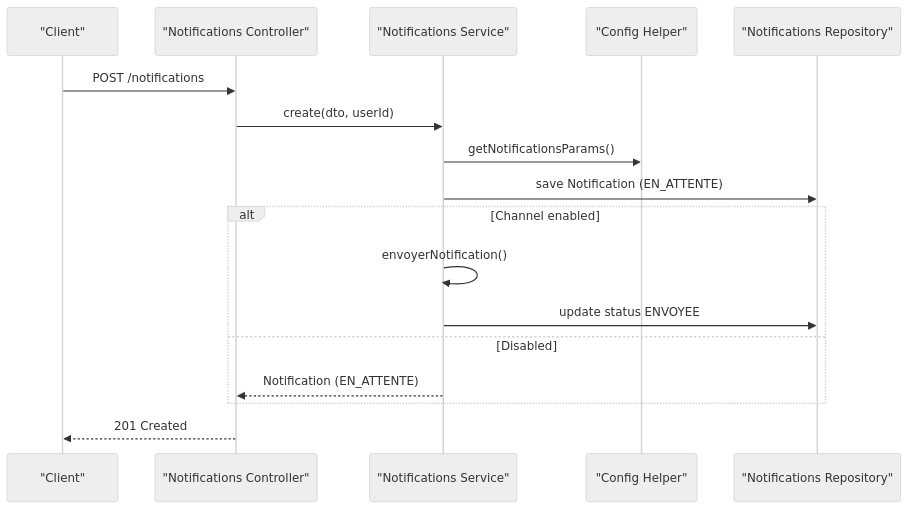
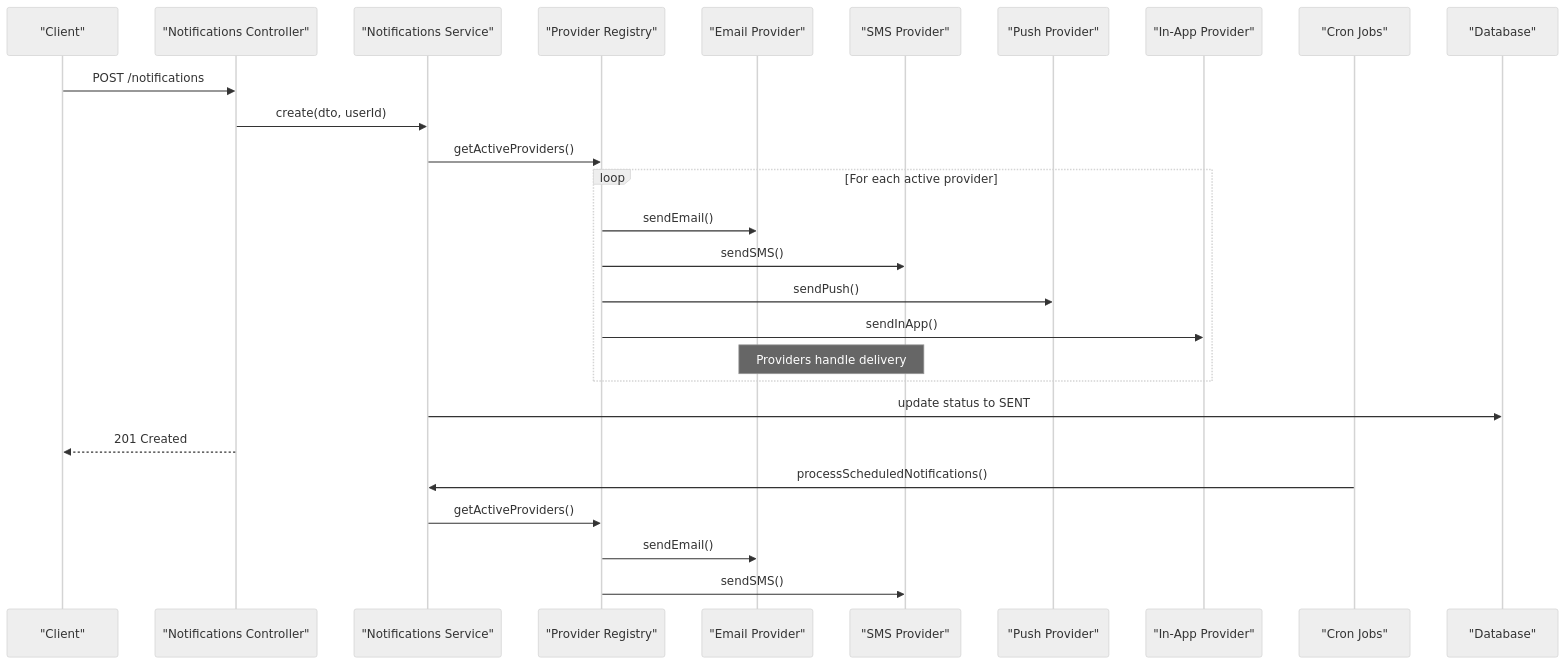
Before and after one commit to franckylab/eLISAschool: the fourth of 6 diagrams in .qoder/repowiki/en/content/Modules & Features/Utility Modules.md, drawn with Mermaid (neutral theme). The commit also changed other lines of this file and 390 other files, not shown here.

````diff
--- a/.qoder/repowiki/en/content/Modules & Features/Utility Modules.md
+++ b/.qoder/repowiki/en/content/Modules & Features/Utility Modules.md
@@ -277,19 +340,29 @@
 ```mermaid
 sequenceDiagram
 participant Client as "Client"
 participant Ctrl as "Notifications Controller"
 participant Svc as "Notifications Service"
-participant Cfg as "Config Helper"
-participant DB as "Notifications Repository"
+participant ProvReg as "Provider Registry"
+participant EmailProv as "Email Provider"
+participant SMSProv as "SMS Provider"
+participant PushProv as "Push Provider"
+participant InAppProv as "In-App Provider"
+participant Cron as "Cron Jobs"
+participant DB as "Database"
 Client->>Ctrl : POST /notifications
 Ctrl->>Svc : create(dto, userId)
-Svc->>Cfg : getNotificationsParams()
-Svc->>DB : save Notification (EN_ATTENTE)
-alt Channel enabled
-Svc->>Svc : envoyerNotification()
-Svc->>DB : update status ENVOYEE
-else Disabled
-Svc-->>Ctrl : Notification (EN_ATTENTE)
+Svc->>ProvReg : getActiveProviders()
+loop For each active provider
+ProvReg->>EmailProv : sendEmail()
+ProvReg->>SMSProv : sendSMS()
+ProvReg->>PushProv : sendPush()
+ProvReg->>InAppProv : sendInApp()
+Note over EmailProv,SMSProv : Providers handle delivery
 end
+Svc->>DB : update status to SENT
 Ctrl-->>Client : 201 Created
+Cron->>Svc : processScheduledNotifications()
+Svc->>ProvReg : getActiveProviders()
+ProvReg->>EmailProv : sendEmail()
+ProvReg->>SMSProv : sendSMS()
 ```
````
